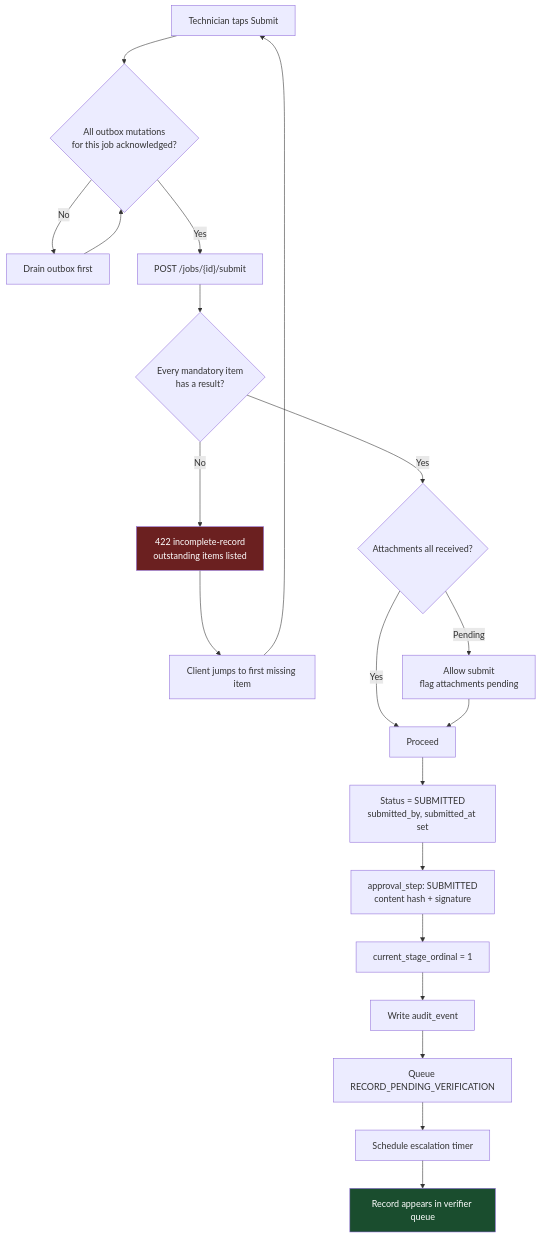
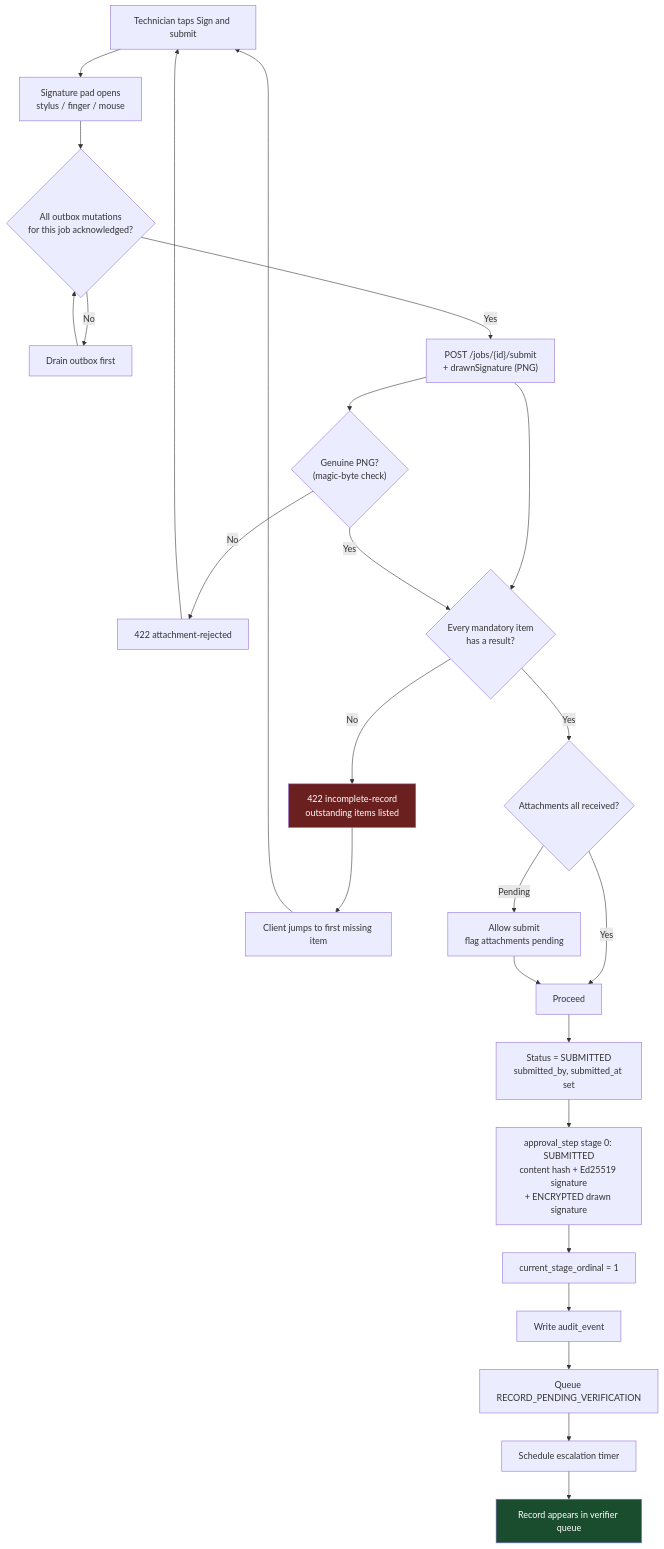
The tenth of 27 diagrams in docs/WORKFLOW_DIAGRAMS.md (Mavrone81/bamform), drawn with Mermaid before and after one commit. The commit also changed other lines of this file and 58 other files, not shown here.

First line of the commit message:
feat(workflow): performer signature at submit, ad-hoc jobs, PLANNER role

````diff
--- a/docs/WORKFLOW_DIAGRAMS.md
+++ b/docs/WORKFLOW_DIAGRAMS.md
@@ -343,25 +343,30 @@
 ```mermaid
 flowchart TD
-    A["Technician taps Submit"] --> B{"All outbox mutations<br/>for this job acknowledged?"}
+    A["Technician taps Sign and submit"] --> A2["Signature pad opens<br/>stylus / finger / mouse"]
+    A2 --> B{"All outbox mutations<br/>for this job acknowledged?"}
     B -->|No| C["Drain outbox first"]
     C --> B
-    B -->|Yes| D["POST /jobs/{id}/submit"]
+    B -->|Yes| D["POST /jobs/{id}/submit<br/>+ drawnSignature (PNG)"]
+    D --> D2{"Genuine PNG?<br/>(magic-byte check)"}
+    D2 -->|No| F2["422 attachment-rejected"]
+    F2 --> A
     D --> E{"Every mandatory item<br/>has a result?"}
     E -->|No| F["422 incomplete-record<br/>outstanding items listed"]
     F --> G["Client jumps to first missing item"]
     G --> A
+    D2 -->|Yes| E
     E -->|Yes| H{"Attachments all received?"}
     H -->|Pending| I["Allow submit<br/>flag attachments pending"]
     H -->|Yes| J["Proceed"]
     I --> J
     J --> K["Status = SUBMITTED<br/>submitted_by, submitted_at set"]
-    K --> L["approval_step: SUBMITTED<br/>content hash + signature"]
+    K --> L["approval_step stage 0: SUBMITTED<br/>content hash + Ed25519 signature<br/>+ ENCRYPTED drawn signature"]
     L --> M["current_stage_ordinal = 1"]
     M --> N["Write audit_event"]
     N --> O["Queue RECORD_PENDING_VERIFICATION"]
     O --> P["Schedule escalation timer"]
     P --> Q["Record appears in verifier queue"]
 
     style F fill:#6b2020,color:#fff
     style Q fill:#1a4d2e,color:#fff
 ```
````
